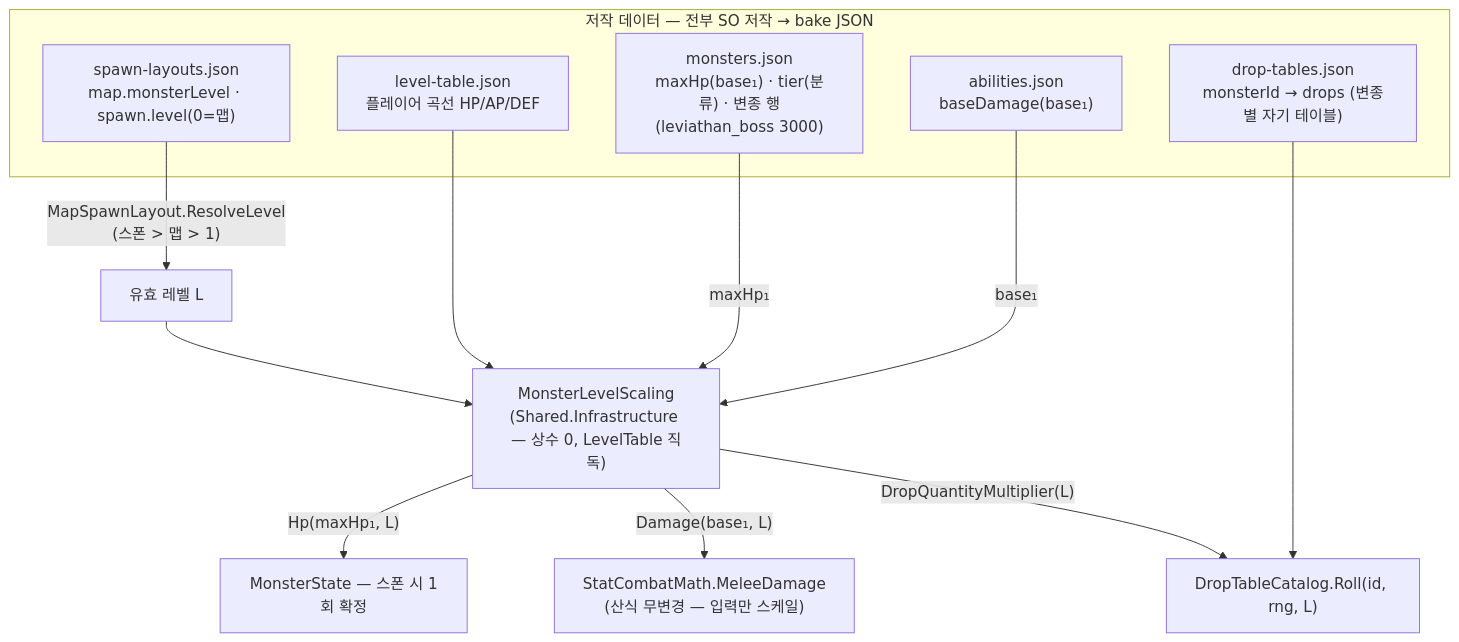
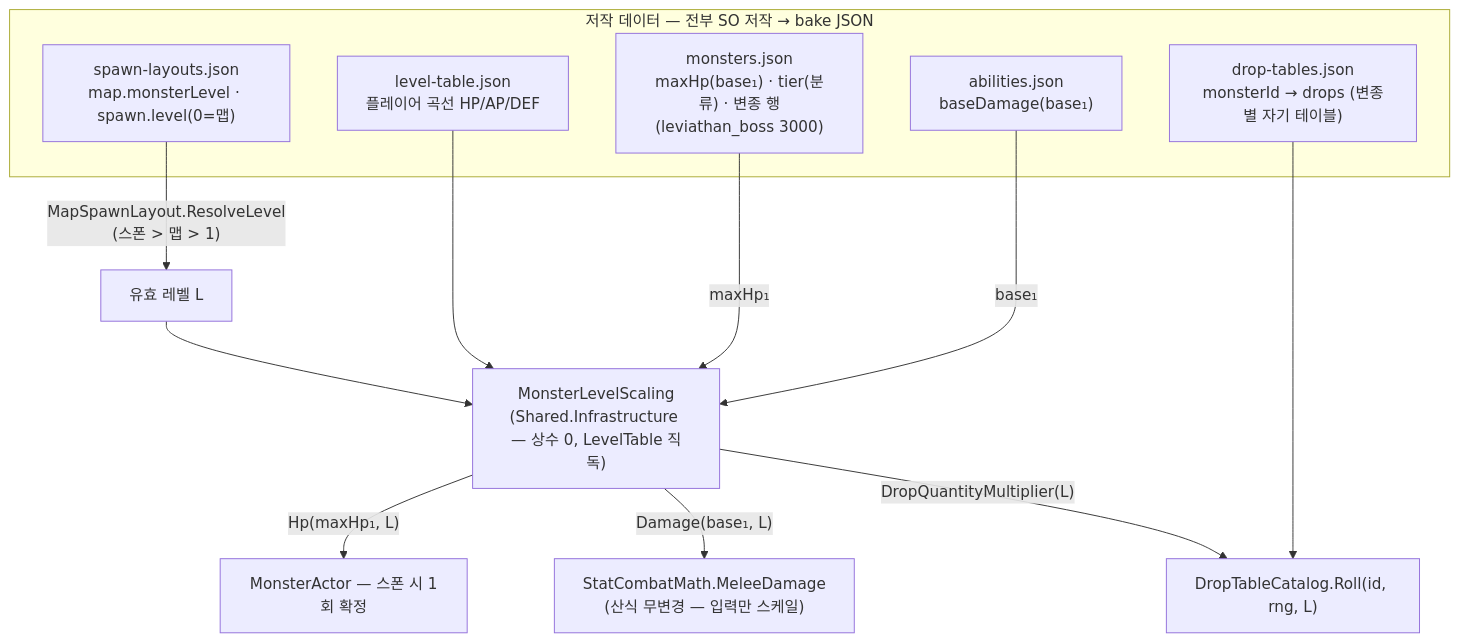
The diagram in docs/wiki/monster-leveling.md (SeoBYP/Multiplay-ActionRPG-Unity), drawn with Mermaid before and after one commit. The commit also changed other lines of this file and 89 other files, not shown here.

````diff
--- a/docs/wiki/monster-leveling.md
+++ b/docs/wiki/monster-leveling.md
@@ -110,19 +110,19 @@
 ```mermaid
 flowchart TB
     subgraph AUTH["저작 데이터 — 전부 SO 저작 → bake JSON"]
         SL["spawn-layouts.json<br/>map.monsterLevel · spawn.level(0=맵)"]
         MO["monsters.json<br/>maxHp(base₁) · tier(분류) · 변종 행(leviathan_boss 3000)"]
         AB["abilities.json<br/>baseDamage(base₁)"]
         DR["drop-tables.json<br/>monsterId → drops (변종별 자기 테이블)"]
         LV["level-table.json<br/>플레이어 곡선 HP/AP/DEF"]
     end
     SL -->|"MapSpawnLayout.ResolveLevel<br/>(스폰 > 맵 > 1)"| L["유효 레벨 L"]
     L --> SC["MonsterLevelScaling<br/>(Shared.Infrastructure — 상수 0, LevelTable 직독)"]
     LV --> SC
     MO -->|"maxHp₁"| SC
     AB -->|"base₁"| SC
-    SC -->|"Hp(maxHp₁, L)"| ST["MonsterState — 스폰 시 1회 확정"]
+    SC -->|"Hp(maxHp₁, L)"| ST["MonsterActor — 스폰 시 1회 확정"]
     SC -->|"Damage(base₁, L)"| DMG["StatCombatMath.MeleeDamage<br/>(산식 무변경 — 입력만 스케일)"]
     SC -->|"DropQuantityMultiplier(L)"| ROLL["DropTableCatalog.Roll(id, rng, L)"]
     DR --> ROLL
 ```
````
